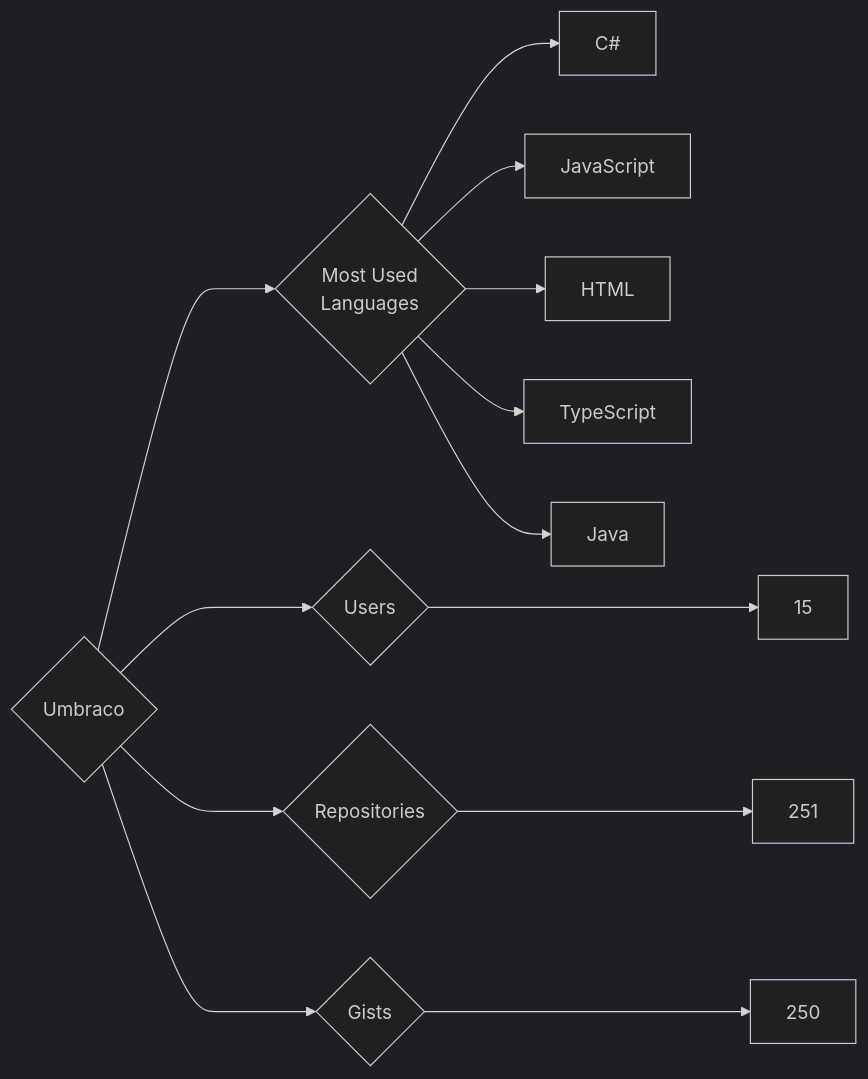
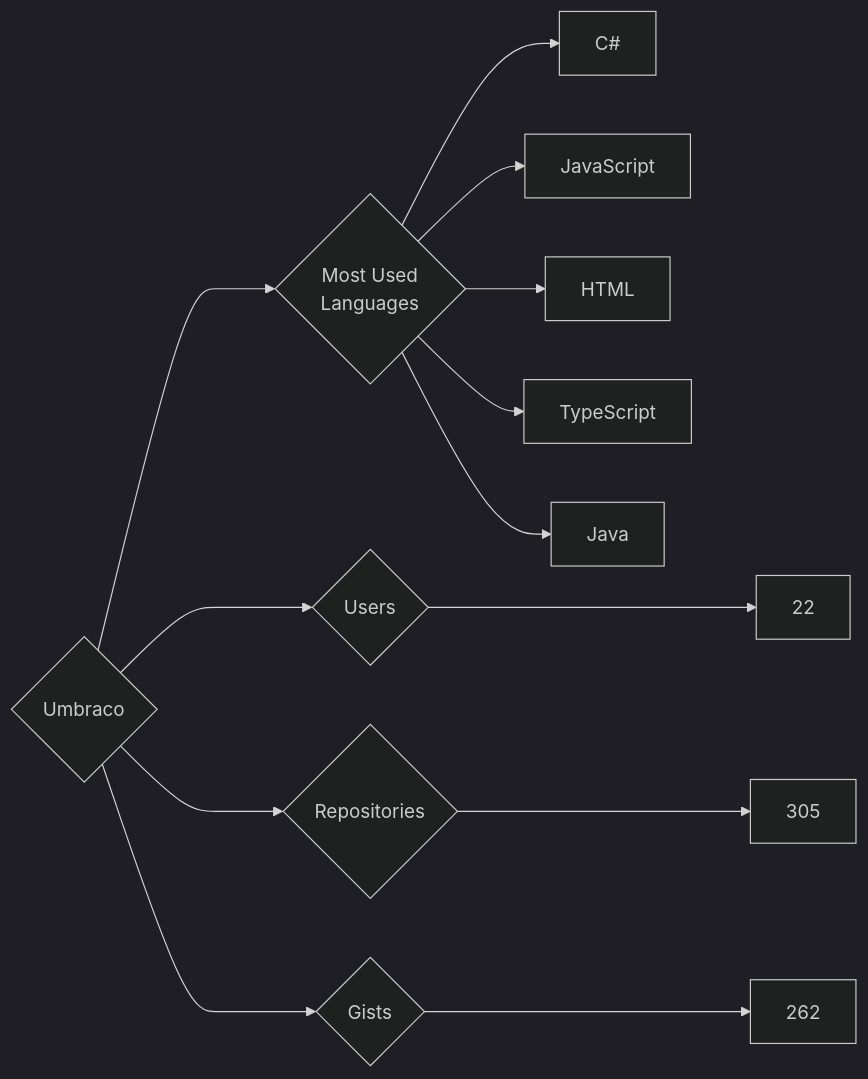
Before and after one commit to trickest/insiders: the diagram in targets/Umbraco/README.md, drawn with Mermaid (dark theme). The commit also changed 1696 other files, not shown here.

````diff
--- a/targets/Umbraco/README.md
+++ b/targets/Umbraco/README.md
@@ -3,13 +3,13 @@
 ```mermaid
 graph LR
 COMPANY_NAME{Umbraco}
-COMPANY_NAME ---> U{Users} ---> UN[15]
-COMPANY_NAME ---> R{Repositories} ---> RN[251]
-COMPANY_NAME ---> G{Gists} ---> GN[250]
+COMPANY_NAME ---> U{Users} ---> UN[22]
+COMPANY_NAME ---> R{Repositories} ---> RN[305]
+COMPANY_NAME ---> G{Gists} ---> GN[262]
 COMPANY_NAME ---> ML{Most Used<br>Languages}
 ML --> C#[C#]
 ML --> JavaScript[JavaScript]
 ML --> HTML[HTML]
 ML --> TypeScript[TypeScript]
 ML --> Java[Java]
 ```
````
